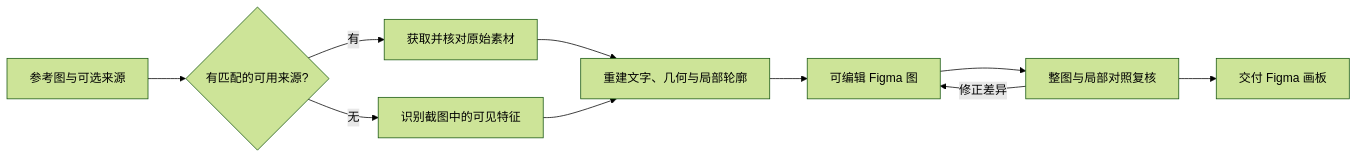
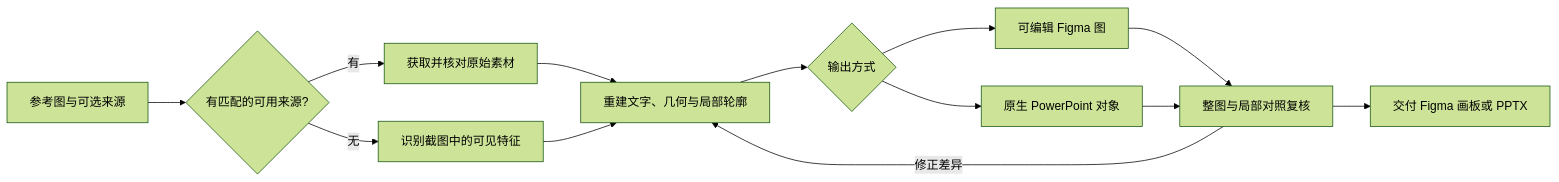
One commit to sidiangongyuan/paper-figure-to-figma changed the diagram in README.zh-CN.md. Above: the diagram before and after it, drawn with Mermaid (forest theme). The commit also changed other lines of this file and 32 other files, not shown here.

Commit message:
Release 0.2.5 with native PowerPoint figures and examples

````diff
--- a/README.zh-CN.md
+++ b/README.zh-CN.md
@@ -106,12 +116,15 @@
 ```mermaid
 flowchart LR
     A[参考图与可选来源] --> B{有匹配的可用来源?}
     B -->|有| C[获取并核对原始素材]
     B -->|无| D[识别截图中的可见特征]
     C --> E[重建文字、几何与局部轮廓]
     D --> E
-    E --> F[可编辑 Figma 图]
+    E --> T{输出方式}
+    T --> F[可编辑 Figma 图]
+    T --> P[原生 PowerPoint 对象]
     F --> G[整图与局部对照复核]
-    G -->|修正差异| F
-    G --> H[交付 Figma 画板]
+    P --> G
+    G -->|修正差异| E
+    G --> H[交付 Figma 画板或 PPTX]
 ```
````
